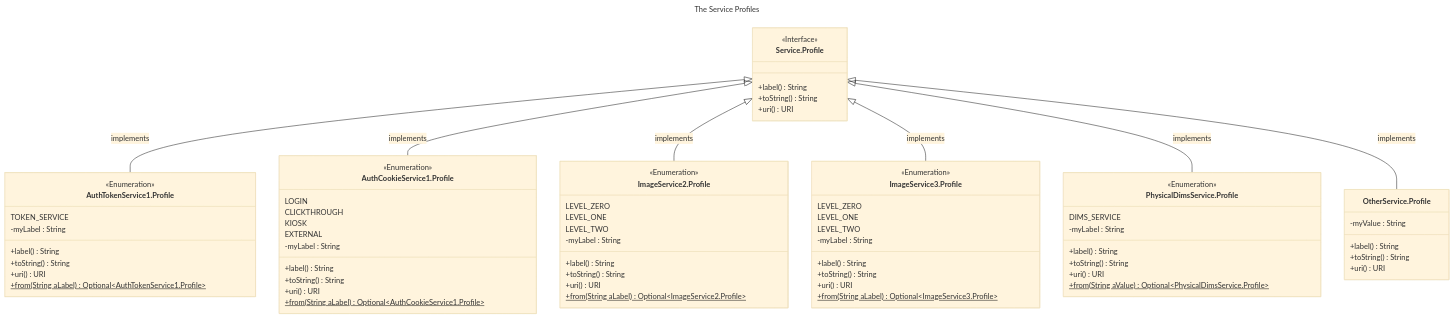
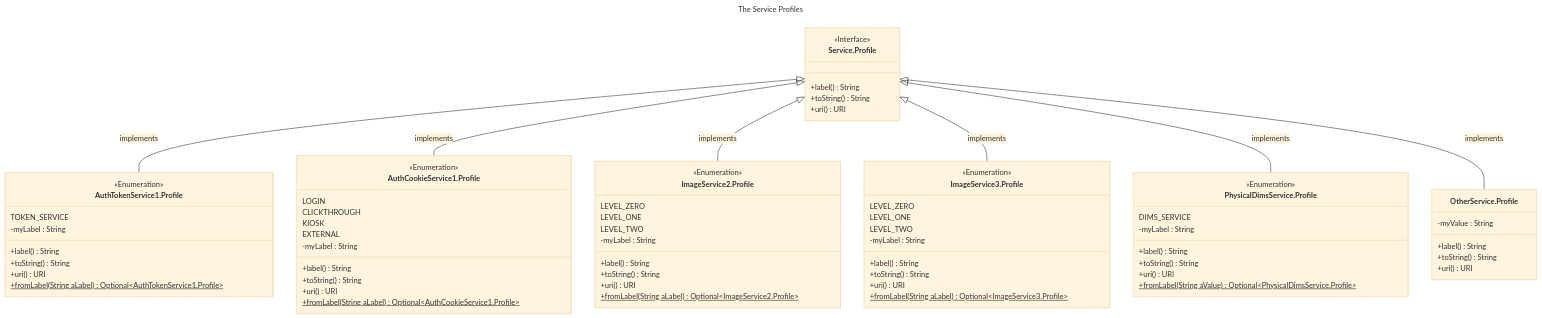
Before and after one commit to ksclarke/jiiify-presentation: the diagram in docs/diagrams/service-profiles.mmd, drawn with Mermaid (base theme). The commit also changed 89 other files, not shown here.

```diff
--- a/docs/diagrams/service-profiles.mmd
+++ b/docs/diagrams/service-profiles.mmd
@@ -1,105 +1,105 @@
 ---
 title: The Service Profiles
 ---
 
 classDiagram
 direction TD
 
 `Service.Profile` <|-- `AuthTokenService1.Profile` : implements
 `Service.Profile` <|-- `AuthCookieService1.Profile` : implements
 `Service.Profile` <|-- `ImageService2.Profile` : implements
 `Service.Profile` <|-- `ImageService3.Profile` : implements
 `Service.Profile` <|-- `PhysicalDimsService.Profile` : implements
 `Service.Profile` <|-- `OtherService.Profile` : implements
 
 class `Service.Profile` {
     <<Interface>>
 
     +label() String
     +toString() String
     +uri() URI
 }
 
 class `AuthCookieService1.Profile` {
     <<Enumeration>>
 
     LOGIN
     CLICKTHROUGH
     KIOSK
     EXTERNAL
 
     -myLabel : String
 
     +label() String
     +toString() String
     +uri() URI
 
-    +from(String aLabel)$ Optional~AuthCookieService1.Profile~
+    +fromLabel(String aLabel)$ Optional~AuthCookieService1.Profile~
 }
 
 class `AuthTokenService1.Profile` {
     <<Enumeration>>
 
     TOKEN_SERVICE
 
     -myLabel : String
 
     +label() String
     +toString() String
     +uri() URI
 
-    +from(String aLabel)$ Optional~AuthTokenService1.Profile~
+    +fromLabel(String aLabel)$ Optional~AuthTokenService1.Profile~
 }
 
 class `ImageService2.Profile` {
     <<Enumeration>>
 
     LEVEL_ZERO
     LEVEL_ONE
     LEVEL_TWO
 
     -myLabel : String
 
     +label() String
     +toString() String
     +uri() URI
 
-    +from(String aLabel)$ Optional~ImageService2.Profile~
+    +fromLabel(String aLabel)$ Optional~ImageService2.Profile~
 }
 
 class `ImageService3.Profile` {
     <<Enumeration>>
 
     LEVEL_ZERO
     LEVEL_ONE
     LEVEL_TWO
 
     -myLabel : String
 
     +label() String
     +toString() String
     +uri() URI
-    +from(String aLabel)$ Optional~ImageService3.Profile~
+    +fromLabel(String aLabel)$ Optional~ImageService3.Profile~
 }
 
 class `OtherService.Profile` {
     -myValue : String
 
     +label() String
     +toString() String
     +uri() URI
 }
 
 class `PhysicalDimsService.Profile` {
     <<Enumeration>>
 
     DIMS_SERVICE
 
     -myLabel : String
 
     +label() String
     +toString() String
     +uri() URI
 
-    +from(String aValue)$ Optional~PhysicalDimsService.Profile~
+    +fromLabel(String aValue)$ Optional~PhysicalDimsService.Profile~
 }
```
